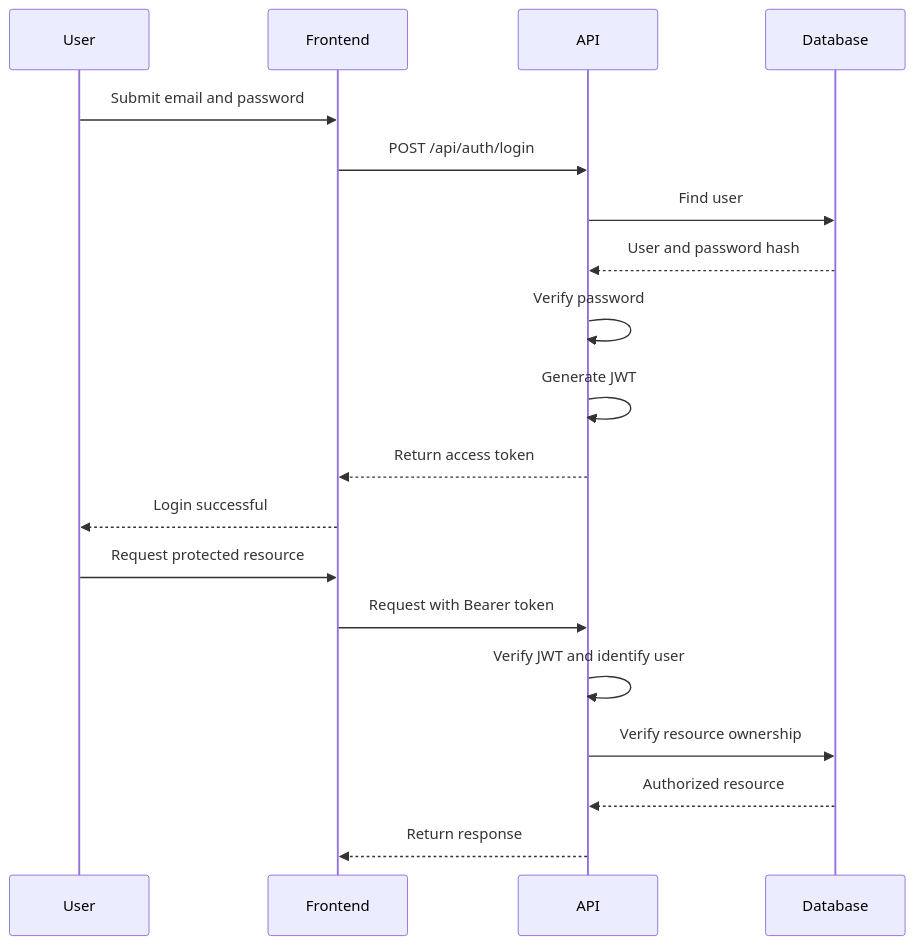
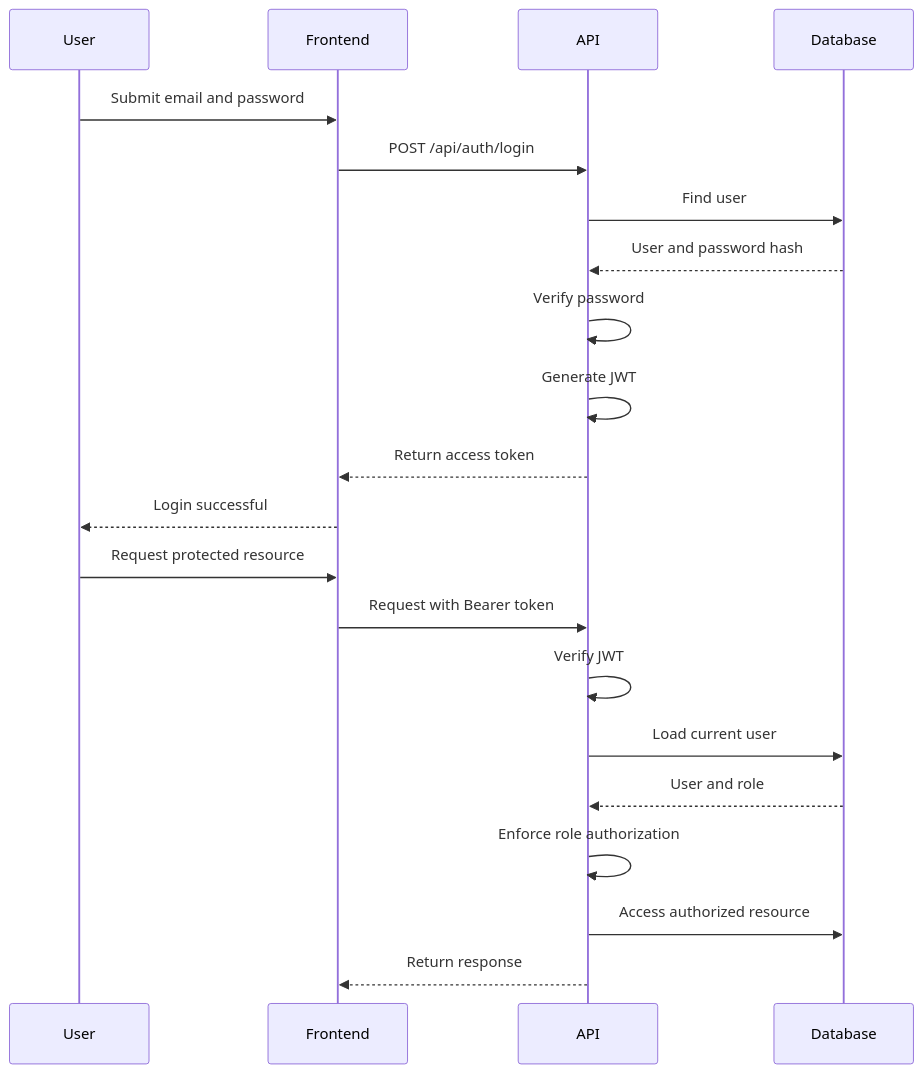
Before and after one commit to adiithya/investment-platform: the fourth of 6 diagrams in docs/02-technical/SYSTEM_ARCHITECTURE.md, drawn with Mermaid. The commit also changed other lines of this file and 7 other files, not shown here.

Commit message:
Update TradePulse documentation to v1.1 with ADMIN and USER role separation

````diff
--- a/docs/02-technical/SYSTEM_ARCHITECTURE.md
+++ b/docs/02-technical/SYSTEM_ARCHITECTURE.md
@@ -167,23 +349,25 @@
 ```mermaid
 sequenceDiagram
     participant User
     participant Frontend
     participant API
     participant Database
 
     User->>Frontend: Submit email and password
     Frontend->>API: POST /api/auth/login
     API->>Database: Find user
     Database-->>API: User and password hash
     API->>API: Verify password
     API->>API: Generate JWT
     API-->>Frontend: Return access token
     Frontend-->>User: Login successful
 
     User->>Frontend: Request protected resource
     Frontend->>API: Request with Bearer token
-    API->>API: Verify JWT and identify user
-    API->>Database: Verify resource ownership
-    Database-->>API: Authorized resource
+    API->>API: Verify JWT
+    API->>Database: Load current user
+    Database-->>API: User and role
+    API->>API: Enforce role authorization
+    API->>Database: Access authorized resource
     API-->>Frontend: Return response
 ```
````
